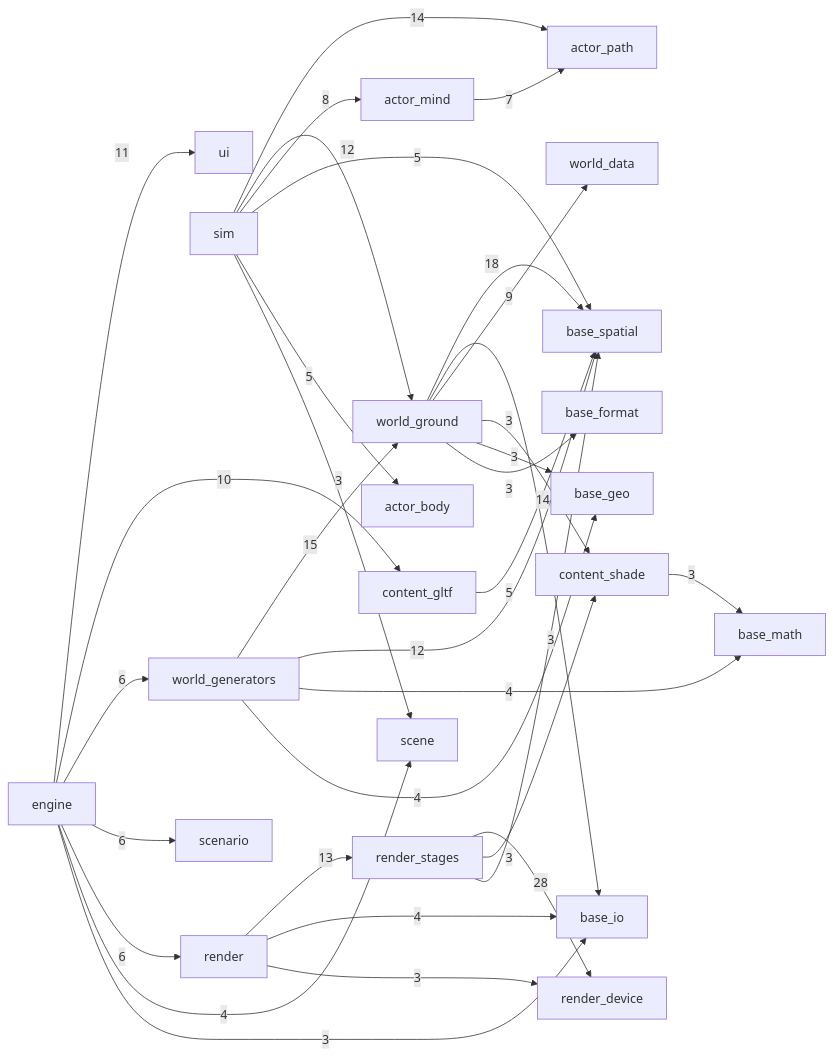
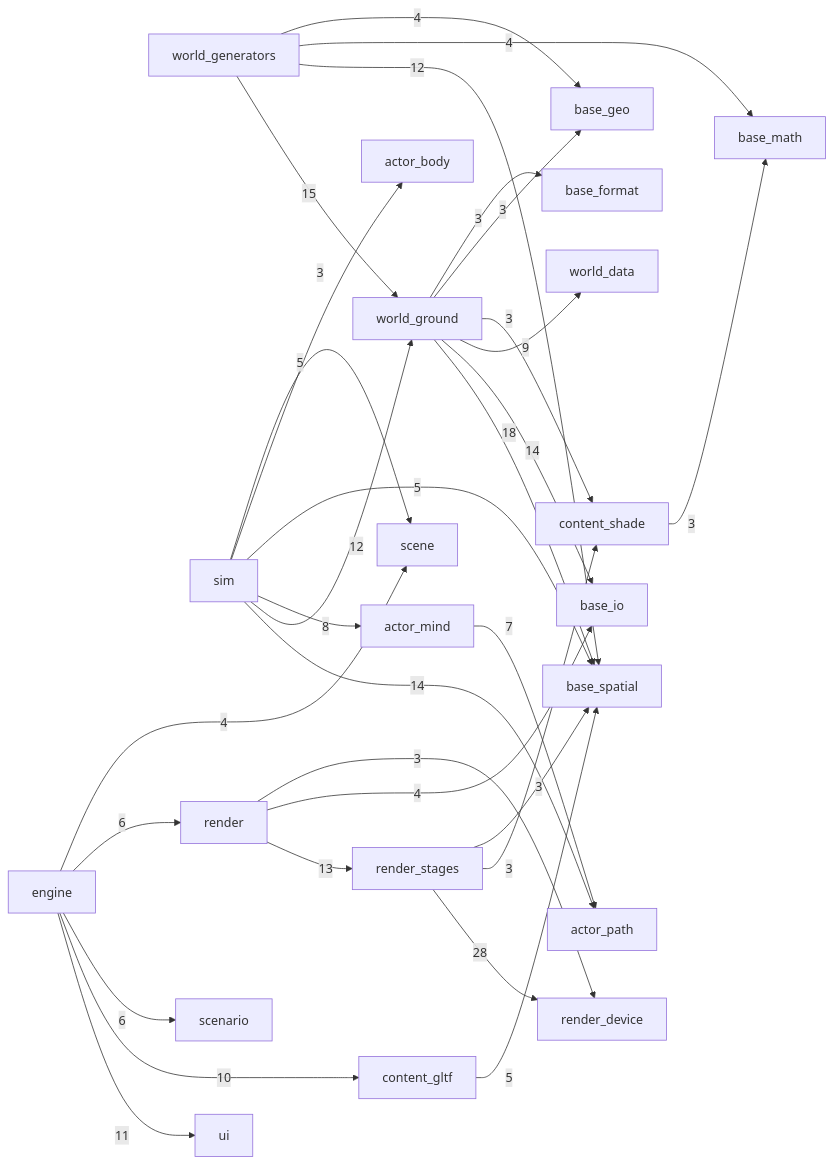
Before and after one commit to Weichwolf/outshine: the diagram in STATE.md, drawn with Mermaid. The commit also changed other lines of this file and 5 other files, not shown here.

````diff
--- a/STATE.md
+++ b/STATE.md
@@ -136,35 +136,33 @@
 ```mermaid
 flowchart LR
   render_stages --> |28| render_device
   world_ground --> |18| base_spatial
   world_generators --> |15| world_ground
   world_ground --> |14| base_io
   sim --> |14| actor_path
   render --> |13| render_stages
   world_generators --> |12| base_spatial
   sim --> |12| world_ground
   engine --> |11| ui
   engine --> |10| content_gltf
   world_ground --> |9| world_data
   sim --> |8| actor_mind
   actor_mind --> |7| actor_path
-  engine --> |6| world_generators
   engine --> |6| scenario
   engine --> |6| render
   sim --> |5| base_spatial
   sim --> |5| actor_body
   content_gltf --> |5| base_spatial
   world_generators --> |4| base_math
   world_generators --> |4| base_geo
   render --> |4| base_io
   engine --> |4| scene
   world_ground --> |3| content_shade
   world_ground --> |3| base_geo
   world_ground --> |3| base_format
   sim --> |3| scene
   render --> |3| render_device
   render_stages --> |3| content_shade
   render_stages --> |3| base_spatial
-  engine --> |3| base_io
   content_shade --> |3| base_math
 ```
````
